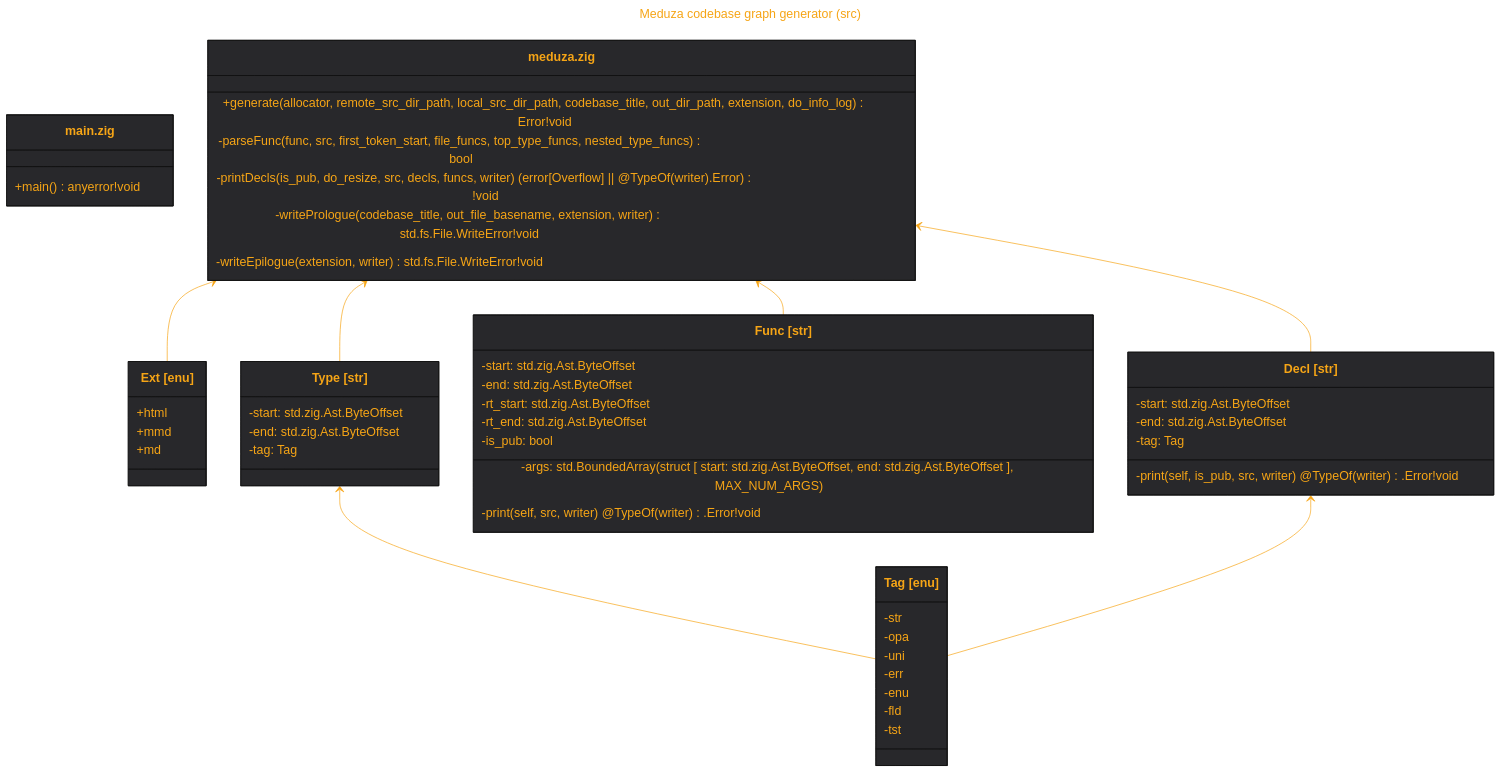
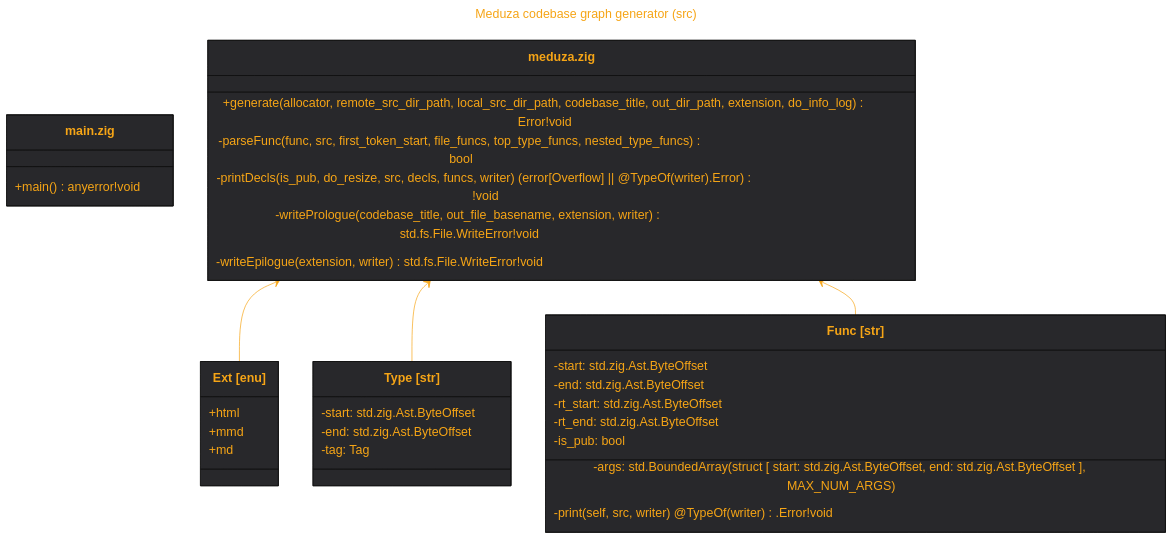
One commit to tensorush/meduza changed the diagram in out/src.md. Above: the diagram before and after it, drawn with Mermaid. The commit also changed 5 other files, not shown here.

````diff
--- a/out/src.md
+++ b/out/src.md
@@ -1,78 +1,55 @@
 ```mermaid
 ---
 title: Meduza codebase graph generator (src)
 ---
 %%{
     init: {
         'theme': 'base',
         'themeVariables': {
             'fontSize': '18px',
             'fontFamily': 'arial',
             'lineColor': '#F6A516',
             'primaryColor': '#28282B',
             'primaryTextColor': '#F6A516'
         }
     }
 }%%
 classDiagram
 class `main.zig` {
     +main() anyerror!void
 }
 link `main.zig` "https://github.com/tensorush/meduza/blob/main/src/main.zig"
 class Ext["Ext [enu]"] {
     +html
     +mmd
     +md
 }
 link Ext "https://github.com/tensorush/meduza/blob/main/src/meduza.zig#L22"
-class Tag["Tag [enu]"] {
-    -str
-    -opa
-    -uni
-    -err
-    -enu
-}
-link Tag "https://github.com/tensorush/meduza/blob/main/src/meduza.zig#L37"
 class Type["Type [str]"] {
     -start: std.zig.Ast.ByteOffset
     -end: std.zig.Ast.ByteOffset
     -tag: Tag
 }
-Type <-- Tag
 link Type "https://github.com/tensorush/meduza/blob/main/src/meduza.zig#L32"
 class Func["Func [str]"] {
     -start: std.zig.Ast.ByteOffset
     -end: std.zig.Ast.ByteOffset
     -args: std.BoundedArray(struct [ start: std.zig.Ast.ByteOffset, end: std.zig.Ast.ByteOffset ], MAX_NUM_ARGS)
     -rt_start: std.zig.Ast.ByteOffset
     -rt_end: std.zig.Ast.ByteOffset
     -is_pub: bool
     -print(self, src, writer) @TypeOf(writer).Error!void
 }
 link Func "https://github.com/tensorush/meduza/blob/main/src/meduza.zig#L52"
-class Tag["Tag [enu]"] {
-    -fld
-    -tst
-}
-link Tag "https://github.com/tensorush/meduza/blob/main/src/meduza.zig#L90"
-class Decl["Decl [str]"] {
-    -start: std.zig.Ast.ByteOffset
-    -end: std.zig.Ast.ByteOffset
-    -tag: Tag
-    -print(self, is_pub, src, writer) @TypeOf(writer).Error!void
-}
-Decl <-- Tag
-link Decl "https://github.com/tensorush/meduza/blob/main/src/meduza.zig#L85"
 class `meduza.zig` {
     +generate(allocator, remote_src_dir_path, local_src_dir_path, codebase_title, out_dir_path, extension, do_info_log) Error!void
     -parseFunc(func, src, first_token_start, file_funcs, top_type_funcs, nested_type_funcs) bool
     -printDecls(is_pub, do_resize, src, decls, funcs, writer) (error[Overflow] || @TypeOf(writer).Error)!void
     -writePrologue(codebase_title, out_file_basename, extension, writer) std.fs.File.WriteError!void
     -writeEpilogue(extension, writer) std.fs.File.WriteError!void
 }
 `meduza.zig` <-- Ext
 `meduza.zig` <-- Type
 `meduza.zig` <-- Func
-`meduza.zig` <-- Decl
 link `meduza.zig` "https://github.com/tensorush/meduza/blob/main/src/meduza.zig"
 ```
````
